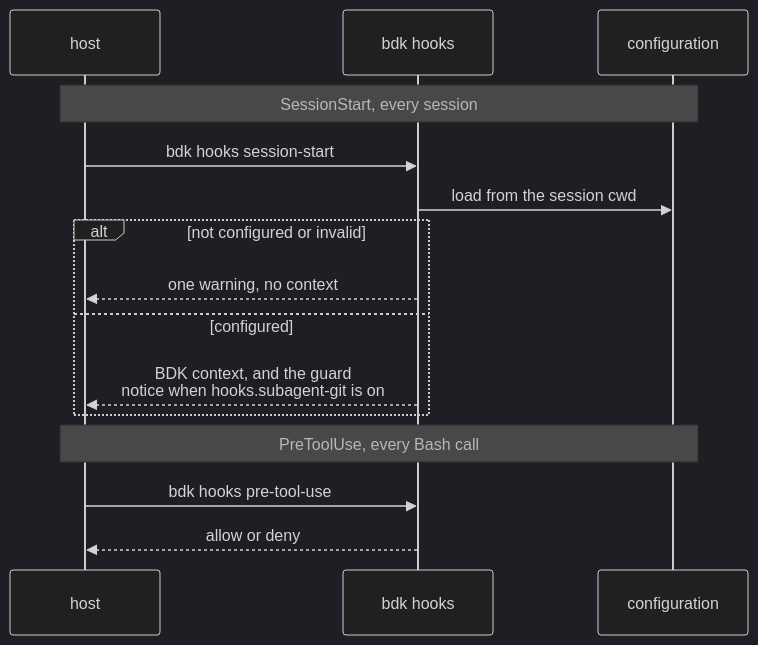
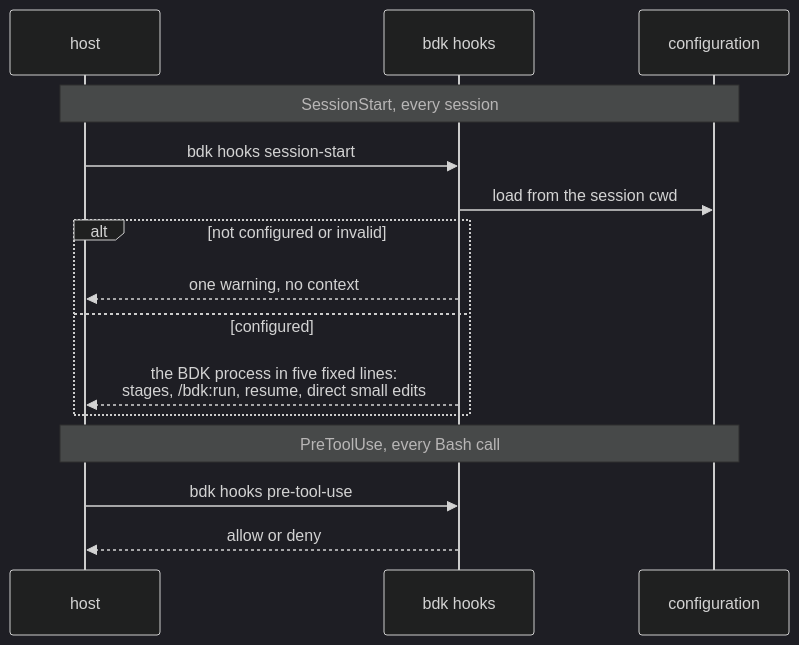
Before and after one commit to broneq/bdk: the fifth of 6 diagrams in docs/concepts/cli-config-hooks.md, drawn with Mermaid (dark theme). The commit also changed other lines of this file and 10 other files, not shown here.

First line of the commit message:
feat(bdk)!: give the main session the BDK process at session start

````diff
--- a/docs/concepts/cli-config-hooks.md
+++ b/docs/concepts/cli-config-hooks.md
@@ -154,17 +154,17 @@
 ```mermaid
 sequenceDiagram
   participant H as host
   participant B as bdk hooks
   participant C as configuration
   Note over H,C: SessionStart, every session
   H->>B: bdk hooks session-start
   B->>C: load from the session cwd
   alt not configured or invalid
     B-->>H: one warning, no context
   else configured
-    B-->>H: BDK context, and the guard<br/>notice when hooks.subagent-git is on
+    B-->>H: the BDK process in five fixed lines:<br/>stages, /bdk:run, resume, direct small edits
   end
   Note over H,C: PreToolUse, every Bash call
   H->>B: bdk hooks pre-tool-use
   B-->>H: allow or deny
 ```
````
